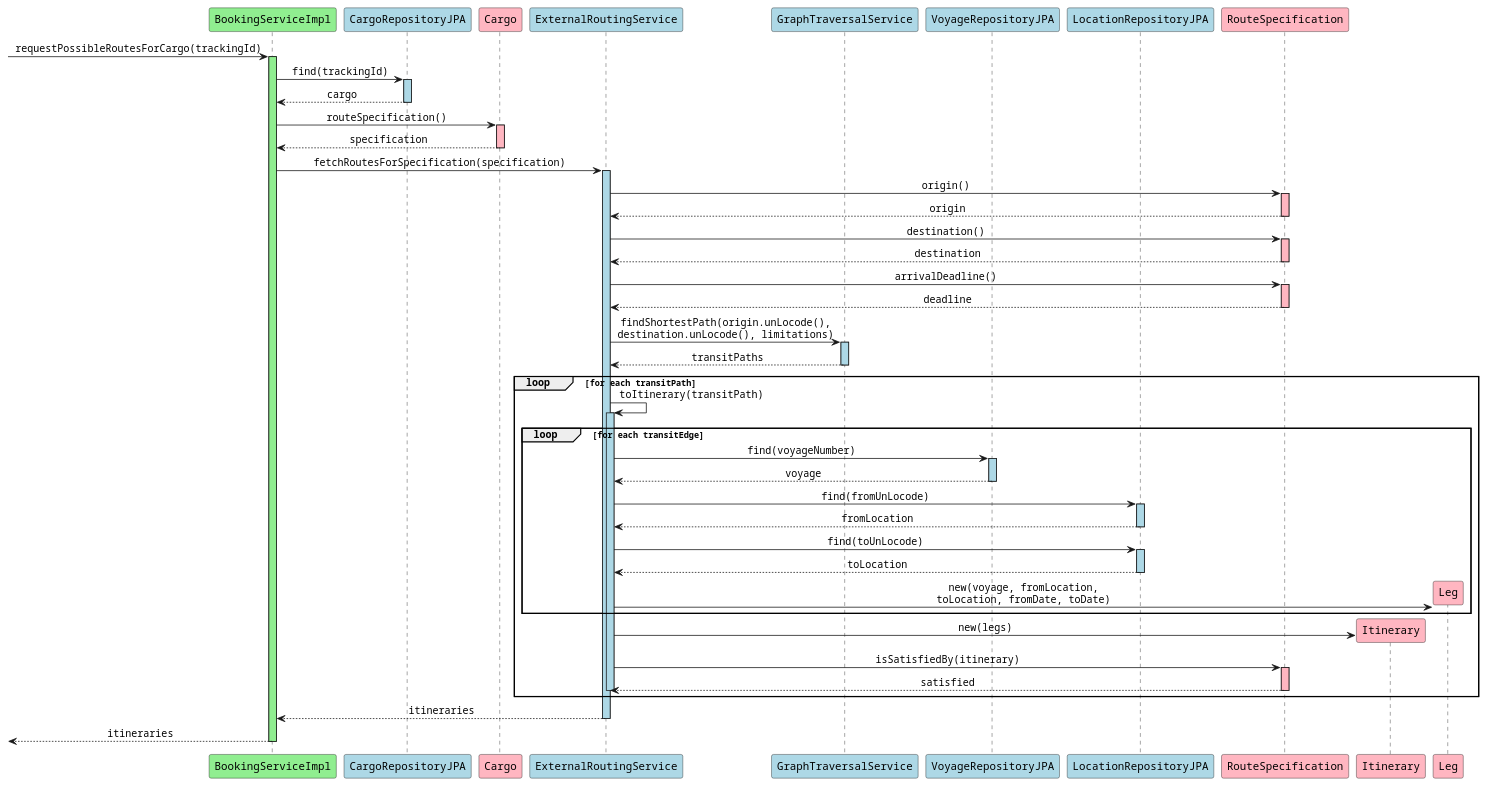
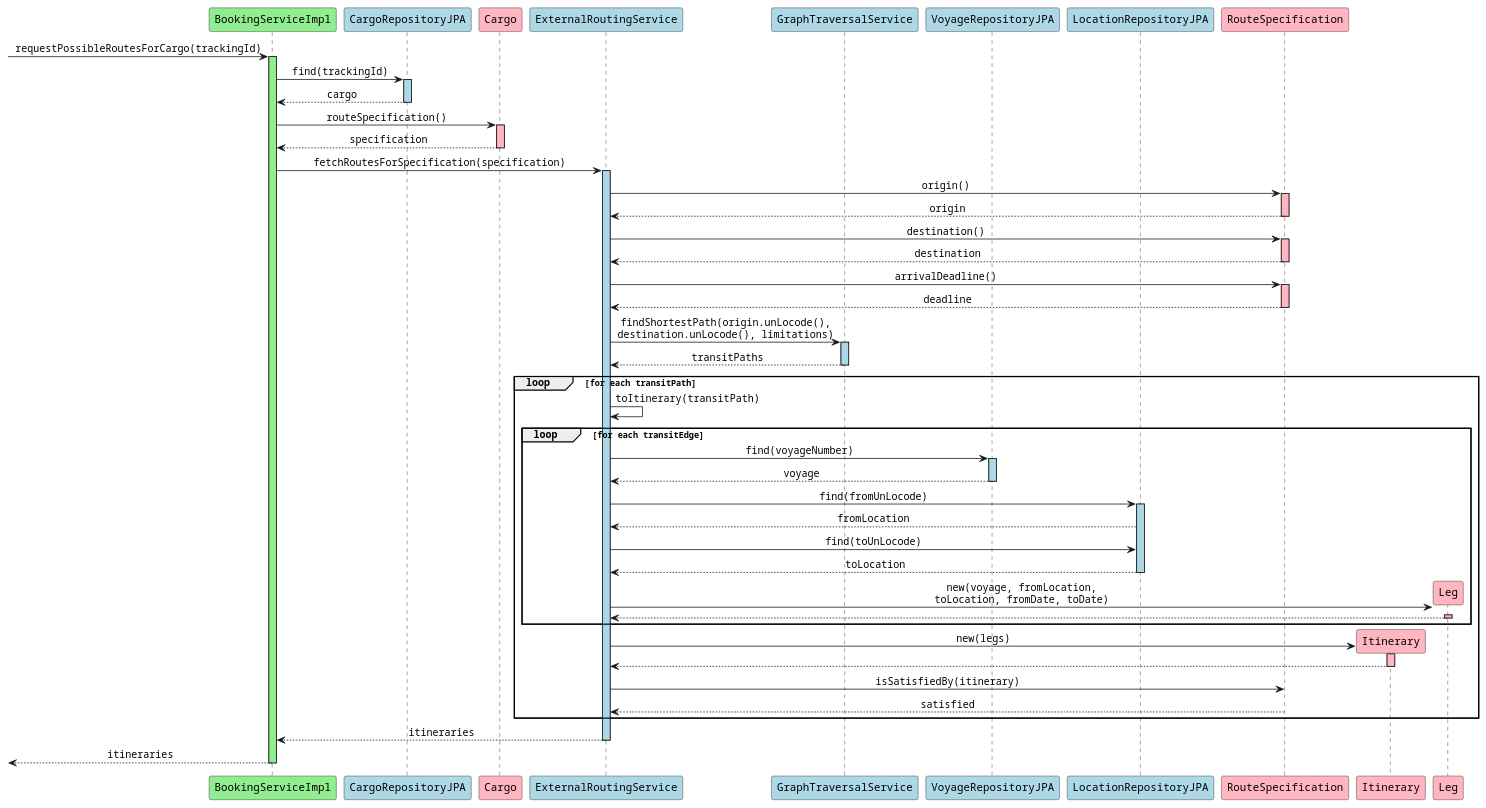
Before and after one commit to aowss/dddsample-core: the diagram in diagrams/BookingServiceImpl_requestPossibleRoutesForCargo.puml, drawn with PlantUML. The commit also changed 480 other files, not shown here.

```diff
--- a/diagrams/BookingServiceImpl_requestPossibleRoutesForCargo.puml
+++ b/diagrams/BookingServiceImpl_requestPossibleRoutesForCargo.puml
@@ -1,93 +1,94 @@
 @startuml
 skinparam monochrome false
 skinparam defaultFontName Courier
 skinparam sequenceMessageAlign center
 
 participant "BookingServiceImpl" as bs #lightgreen
 participant "CargoRepositoryJPA" as cr #lightblue
 participant "Cargo" as c #lightpink
 participant "ExternalRoutingService" as rs #lightblue
 participant "GraphTraversalService" as gts #lightblue
 participant "VoyageRepositoryJPA" as vr #lightblue
 participant "LocationRepositoryJPA" as lr #lightblue
 participant "RouteSpecification" as rspec #lightpink
 participant "Itinerary" as itin #lightpink
 participant "Leg" as leg #lightpink
 
 [-> bs: requestPossibleRoutesForCargo(trackingId)
 activate bs #lightgreen
 
 bs -> cr: find(trackingId)
 activate cr #lightblue
 cr --> bs: cargo
 deactivate cr
 
 bs -> c: routeSpecification()
 activate c #lightpink
 c --> bs: specification
 deactivate c
 
 bs -> rs: fetchRoutesForSpecification(specification)
 activate rs #lightblue
 
 rs -> rspec: origin()
 activate rspec #lightpink
 rspec --> rs: origin
 deactivate rspec
 
 rs -> rspec: destination()
 activate rspec #lightpink
 rspec --> rs: destination
 deactivate rspec
 
 rs -> rspec: arrivalDeadline()
 activate rspec #lightpink
 rspec --> rs: deadline
 deactivate rspec
 
 rs -> gts: findShortestPath(origin.unLocode(),\ndestination.unLocode(), limitations)
 activate gts #lightblue
 gts --> rs: transitPaths
 deactivate gts
 
 loop for each transitPath
     rs -> rs: toItinerary(transitPath)
-    activate rs #lightblue
     
     loop for each transitEdge
         rs -> vr: find(voyageNumber)
         activate vr #lightblue
         vr --> rs: voyage
         deactivate vr
 
         rs -> lr: find(fromUnLocode)
         activate lr #lightblue
         lr --> rs: fromLocation
-        deactivate lr
 
         rs -> lr: find(toUnLocode)
-        activate lr #lightblue
         lr --> rs: toLocation
         deactivate lr
 
         create leg
         rs -> leg: new(voyage, fromLocation,\ntoLocation, fromDate, toDate)
+        activate leg #lightpink
+        leg --> rs
+        deactivate leg
     end
 
     create itin
     rs -> itin: new(legs)
+    activate itin #lightpink
+    itin --> rs
+    deactivate itin
     
     rs -> rspec: isSatisfiedBy(itinerary)
-    activate rspec #lightpink
     rspec --> rs: satisfied
-    deactivate rspec
-    deactivate rs
 end
 
 rs --> bs: itineraries
+deactivate rspec
 deactivate rs
 
 [<-- bs: itineraries
 deactivate bs
 
 @enduml 
```
